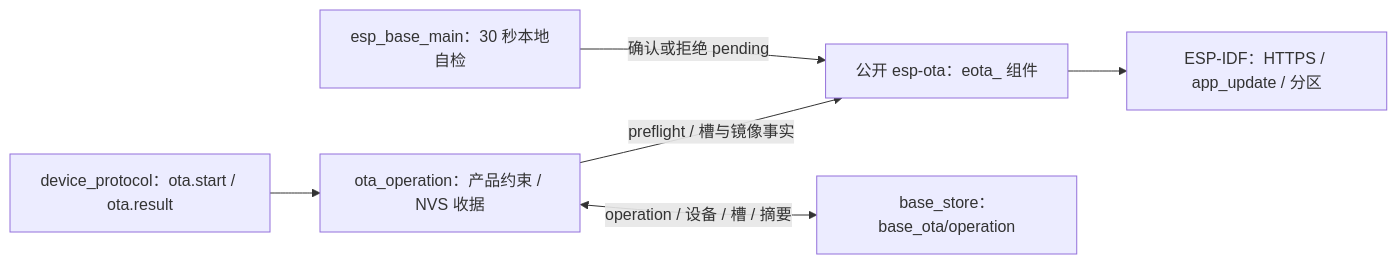
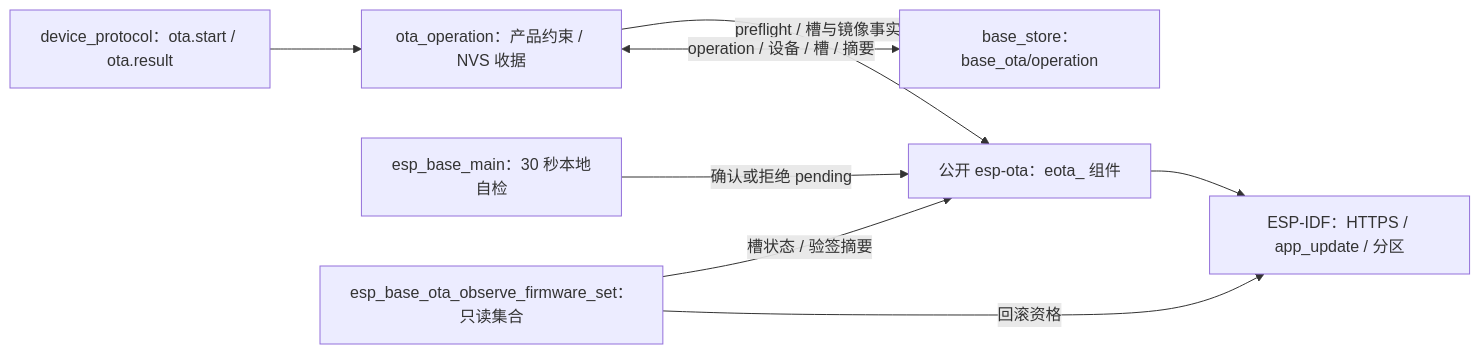
The diagram in firmware/components/ota_operation/README.md (darren-you/esp-base), drawn with Mermaid before and after one commit. The commit also changed other lines of this file and 10 other files, not shown here.

Commit message:
增加 ESP Base 双槽固件身份只读观察与回归

````diff
--- a/firmware/components/ota_operation/README.md
+++ b/firmware/components/ota_operation/README.md
@@ -7,8 +7,10 @@
 ```mermaid
 flowchart LR
     protocol["device_protocol：ota.start / ota.result"] --> operation["ota_operation：产品约束 / NVS 收据"]
     operation -->|"preflight / 槽与镜像事实"| library["公开 esp-ota：eota_ 组件"]
     operation <-->|"operation / 设备 / 槽 / 摘要"| nvs["base_store：base_ota/operation"]
     library --> idf["ESP-IDF：HTTPS / app_update / 分区"]
     app["esp_base_main：30 秒本地自检"] -->|"确认或拒绝 pending"| library
+    firmware_set["esp_base_ota_observe_firmware_set：只读集合"] -->|"槽状态 / 验签摘要"| library
+    firmware_set -->|"回滚资格"| idf
 ```
````
